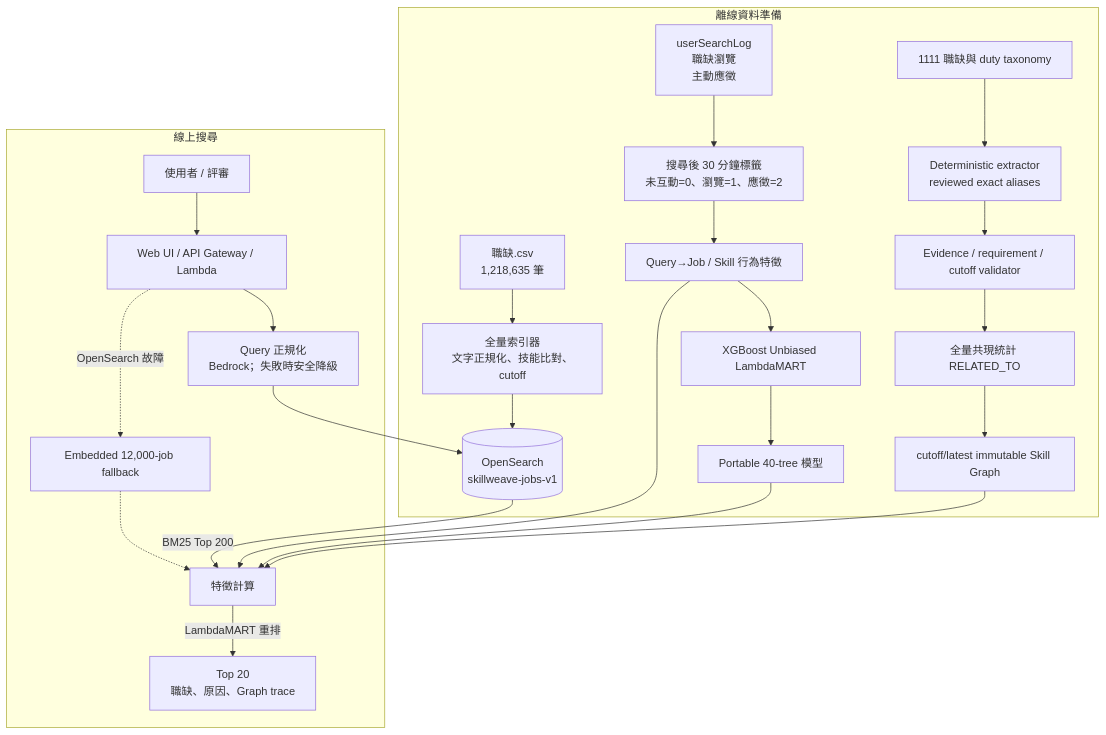
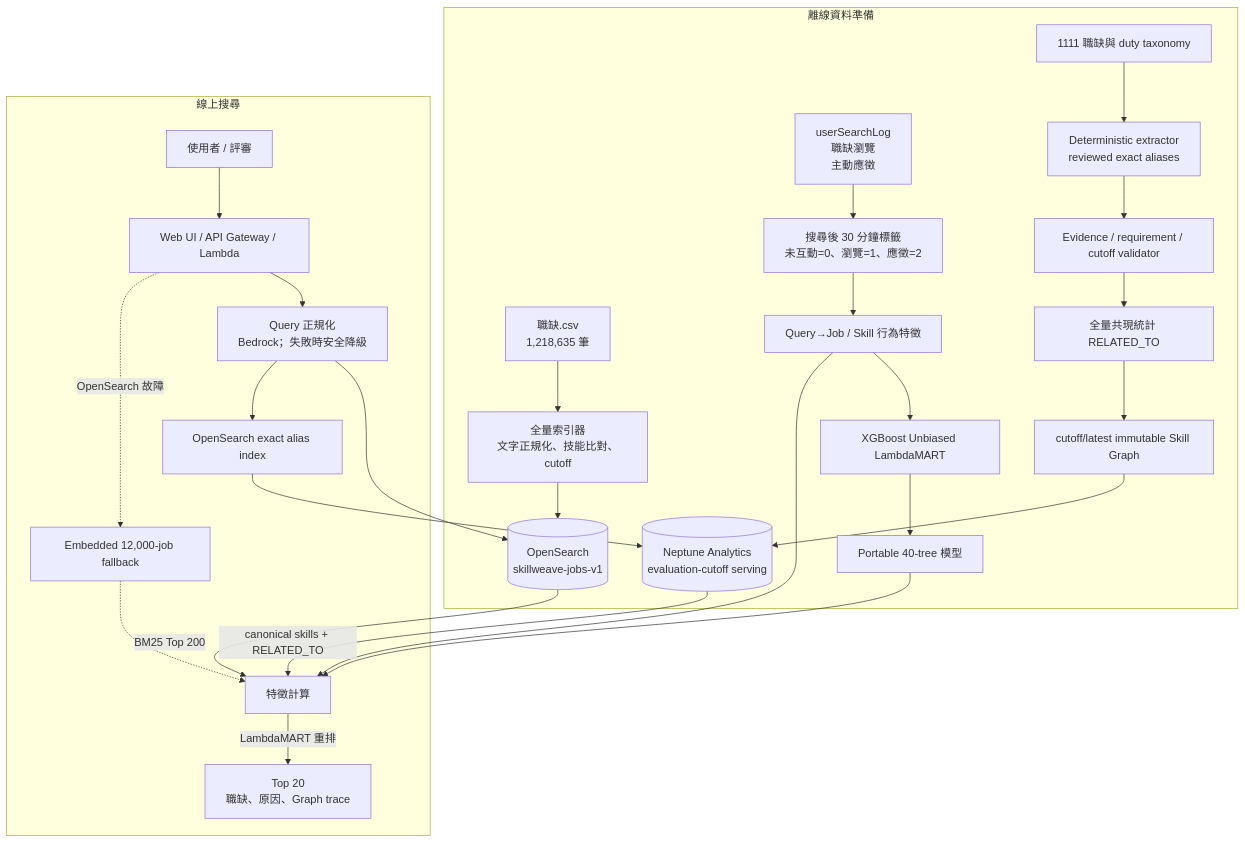
One commit to Jimmy200504/aws-hackathon changed the diagram in README.md. Above: the diagram before and after it, drawn with Mermaid. The commit also changed other lines of this file, not shown here.

Commit message:
Update README for production graph deployment

````diff
--- a/README.md
+++ b/README.md
@@ -11,31 +11,34 @@
 ```mermaid
 flowchart TB
     subgraph Offline["離線資料準備"]
         JOBS["職缺.csv<br/>1,218,635 筆"] --> INDEXER["全量索引器<br/>文字正規化、技能比對、cutoff"]
         INDEXER --> OS[("OpenSearch<br/>skillweave-jobs-v1")]
 
         LOGS["userSearchLog<br/>職缺瀏覽<br/>主動應徵"] --> LABELS["搜尋後 30 分鐘標籤<br/>未互動=0、瀏覽=1、應徵=2"]
         LABELS --> FEATURES["Query→Job / Skill 行為特徵"]
         FEATURES --> TRAIN["XGBoost Unbiased LambdaMART"]
         TRAIN --> MODEL["Portable 40-tree 模型"]
 
         JD["1111 職缺與 duty taxonomy"] --> EXACT["Deterministic extractor<br/>reviewed exact aliases"]
         EXACT --> VALIDATOR["Evidence / requirement / cutoff validator"]
         VALIDATOR --> STATS["全量共現統計 RELATED_TO"]
         STATS --> GRAPH["cutoff/latest immutable Skill Graph"]
+        GRAPH --> NEPTUNE[("Neptune Analytics<br/>evaluation-cutoff serving")]
     end
 
     subgraph Online["線上搜尋"]
         USER["使用者 / 評審"] --> API["Web UI / API Gateway / Lambda"]
         API --> NORMALIZE["Query 正規化<br/>Bedrock；失敗時安全降級"]
         NORMALIZE --> OS
+        NORMALIZE --> ALIAS["OpenSearch exact alias index"]
+        ALIAS --> NEPTUNE
         OS -->|"BM25 Top 200"| RANKER["特徵計算"]
-        GRAPH --> RANKER
+        NEPTUNE -->|"canonical skills + RELATED_TO"| RANKER
         FEATURES --> RANKER
         MODEL --> RANKER
         RANKER -->|"LambdaMART 重排"| TOP20["Top 20<br/>職缺、原因、Graph trace"]
 
         API -. "OpenSearch 故障" .-> FALLBACK["Embedded 12,000-job fallback"]
         FALLBACK -.-> RANKER
     end
 ```
````
